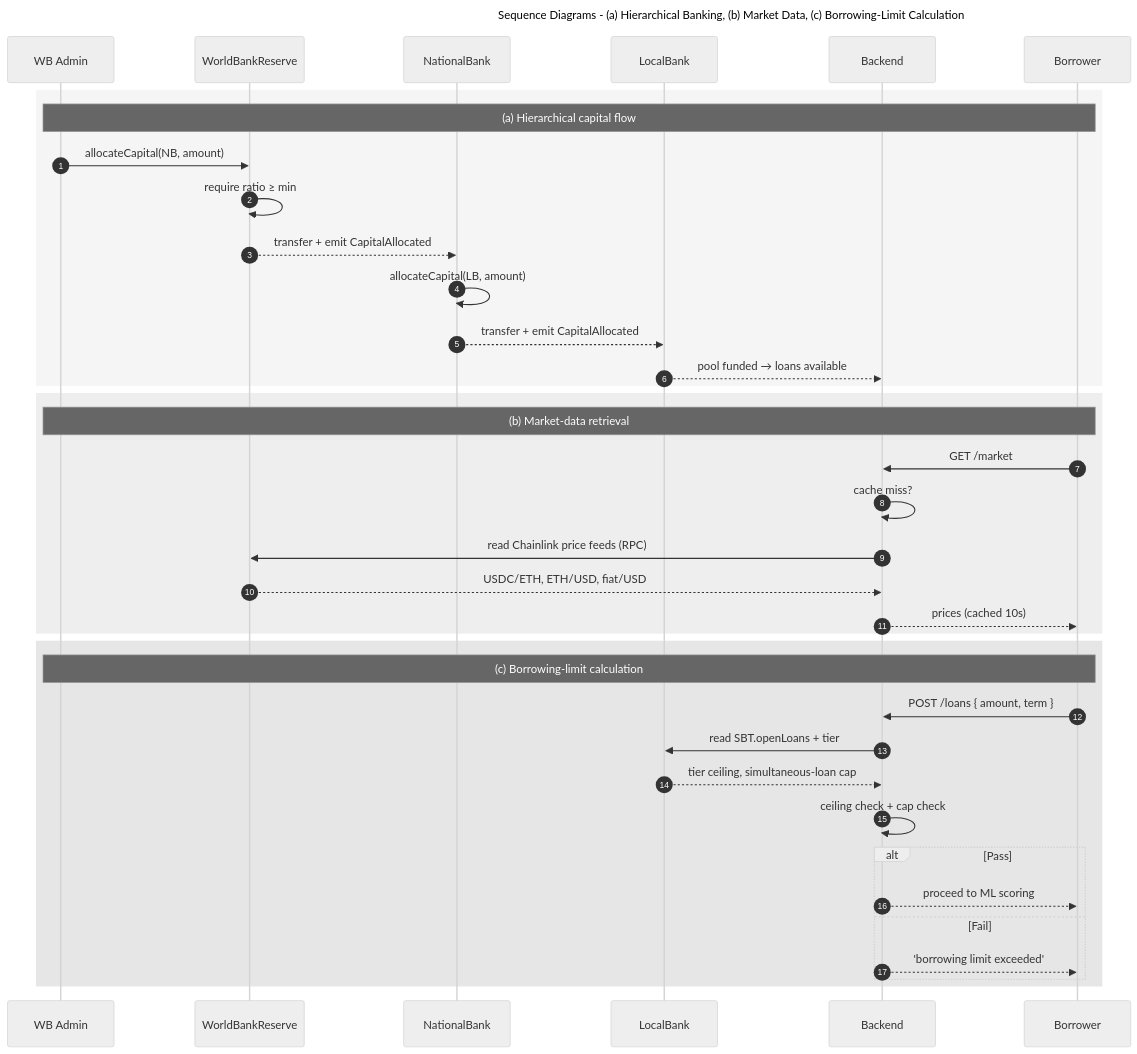
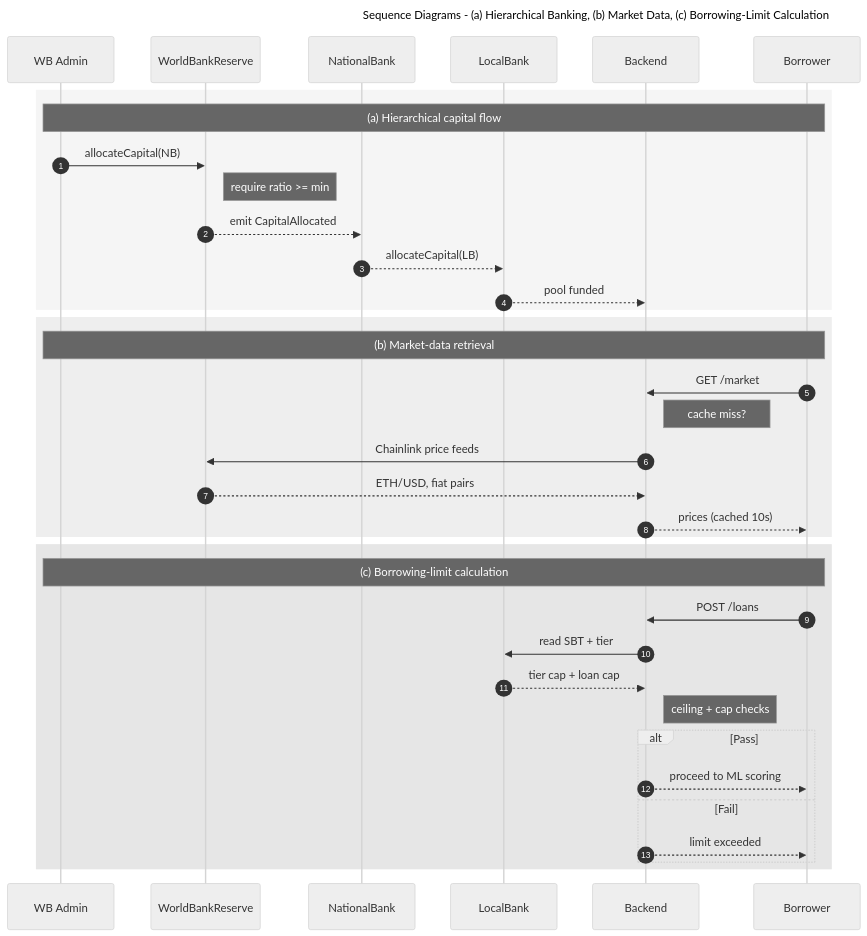
One commit to Yuvraajrahman/Cryto-World-Bank changed the diagram in Documentation/Diagrams/mermaid-src/improved diagrams/fig-seq-banking-data.mmd. Above: the diagram before and after it, drawn with Mermaid (neutral theme). The commit also changed 214 other files, not shown here.

Commit message:
diagram updated

```diff
--- a/Documentation/Diagrams/mermaid-src/improved diagrams/fig-seq-banking-data.mmd
+++ b/Documentation/Diagrams/mermaid-src/improved diagrams/fig-seq-banking-data.mmd
@@ -1,43 +1,42 @@
 ---
 title: Sequence Diagrams - (a) Hierarchical Banking, (b) Market Data, (c) Borrowing-Limit Calculation
 ---
 sequenceDiagram
     autonumber
     participant WBA as WB Admin
     participant WB as WorldBankReserve
     participant NB as NationalBank
     participant LB as LocalBank
     participant API as Backend
     participant U as Borrower
 
     rect rgb(245,245,245)
         Note over WBA,U: (a) Hierarchical capital flow
-        WBA->>WB: allocateCapital(NB, amount)
-        WB->>WB: require ratio ≥ min
-        WB-->>NB: transfer + emit CapitalAllocated
-        NB->>NB: allocateCapital(LB, amount)
-        NB-->>LB: transfer + emit CapitalAllocated
-        LB-->>API: pool funded → loans available
+        WBA->>WB: allocateCapital(NB)
+        Note right of WB: require ratio >= min
+        WB-->>NB: emit CapitalAllocated
+        NB-->>LB: allocateCapital(LB)
+        LB-->>API: pool funded
     end
 
     rect rgb(238,238,238)
         Note over WBA,U: (b) Market-data retrieval
         U->>API: GET /market
-        API->>API: cache miss?
-        API->>WB: read Chainlink price feeds (RPC)
-        WB-->>API: USDC/ETH, ETH/USD, fiat/USD
+        Note right of API: cache miss?
+        API->>WB: Chainlink price feeds
+        WB-->>API: ETH/USD, fiat pairs
         API-->>U: prices (cached 10s)
     end
 
     rect rgb(230,230,230)
         Note over WBA,U: (c) Borrowing-limit calculation
-        U->>API: POST /loans { amount, term }
-        API->>LB: read SBT.openLoans + tier
-        LB-->>API: tier ceiling, simultaneous-loan cap
-        API->>API: ceiling check + cap check
+        U->>API: POST /loans
+        API->>LB: read SBT + tier
+        LB-->>API: tier cap + loan cap
+        Note right of API: ceiling + cap checks
         alt Pass
             API-->>U: proceed to ML scoring
         else Fail
-            API-->>U: 'borrowing limit exceeded'
+            API-->>U: limit exceeded
         end
     end
```
